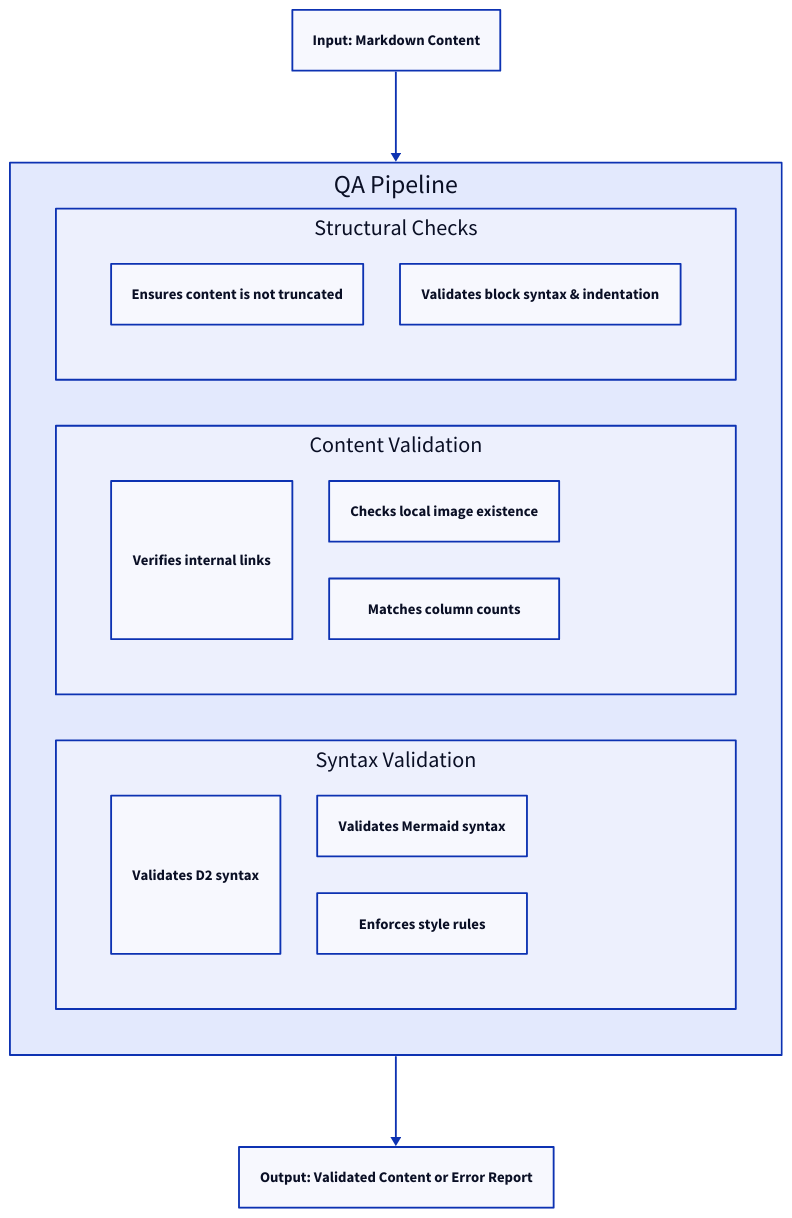
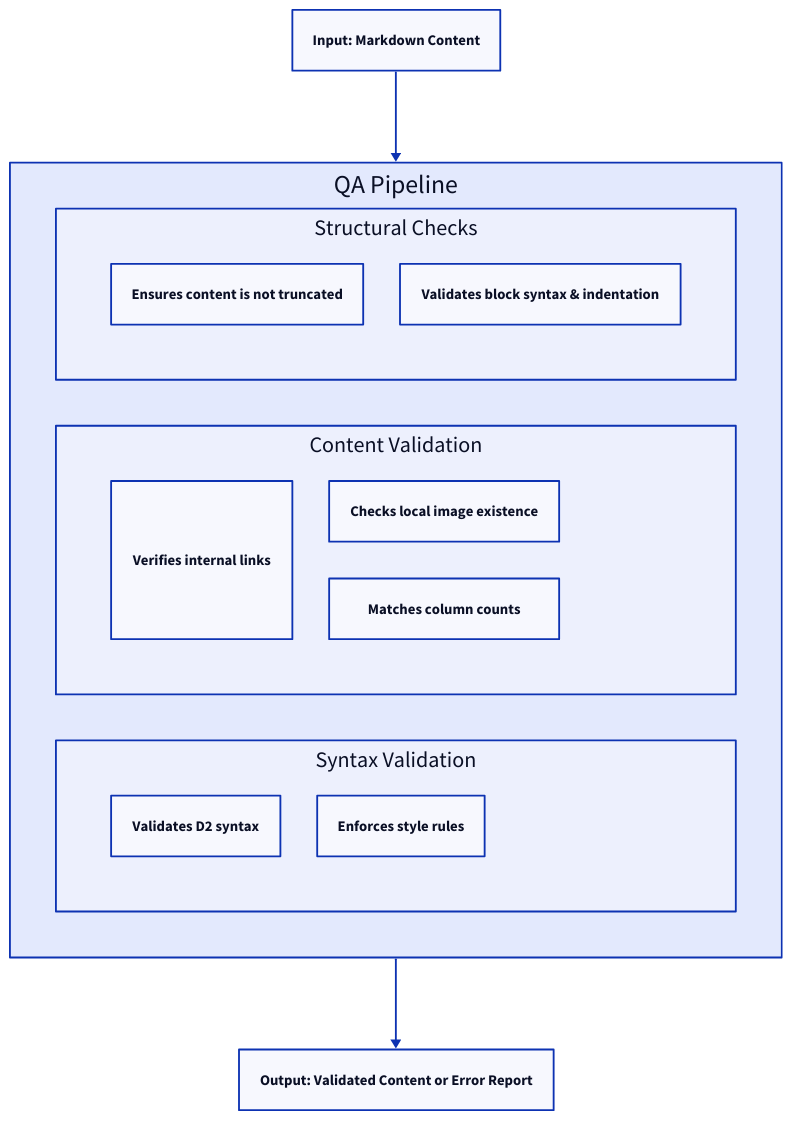
One commit to AIGNE-io/aigne-doc-smith changed the diagram in docs/advanced-quality-assurance.md. Above: the diagram before and after it, drawn with D2. The commit also changed other lines of this file and 27 other files, not shown here.

````diff
--- a/docs/advanced-quality-assurance.md
+++ b/docs/advanced-quality-assurance.md
@@ -7,49 +7,48 @@
 ```d2
 direction: down
 
 Input-Markdown-Content: {
   label: "Input: Markdown Content"
   shape: rectangle
 }
 
 QA-Pipeline: {
   label: "QA Pipeline"
   shape: rectangle
   grid-columns: 1
   grid-gap: 50
 
   Structural-Checks: {
     label: "Structural Checks"
     shape: rectangle
     grid-columns: 2
     Completeness: "Ensures content is not truncated"
     Code-Blocks: "Validates block syntax & indentation"
   }
 
   Content-Validation: {
     label: "Content Validation"
     shape: rectangle
     grid-columns: 2
     Link-Integrity: "Verifies internal links"
     Image-Paths: "Checks local image existence"
     Table-Formatting: "Matches column counts"
   }
 
   Syntax-Validation: {
     label: "Syntax Validation"
     shape: rectangle
     grid-columns: 2
     D2-Diagrams: "Validates D2 syntax"
-    Mermaid-Diagrams: "Validates Mermaid syntax"
     Markdown-Linting: "Enforces style rules"
   }
 }
 
 Output-Validated-Content-or-Error-Report: {
   label: "Output: Validated Content or Error Report"
   shape: rectangle
 }
 
 Input-Markdown-Content -> QA-Pipeline
 QA-Pipeline -> Output-Validated-Content-or-Error-Report
 ```
````
